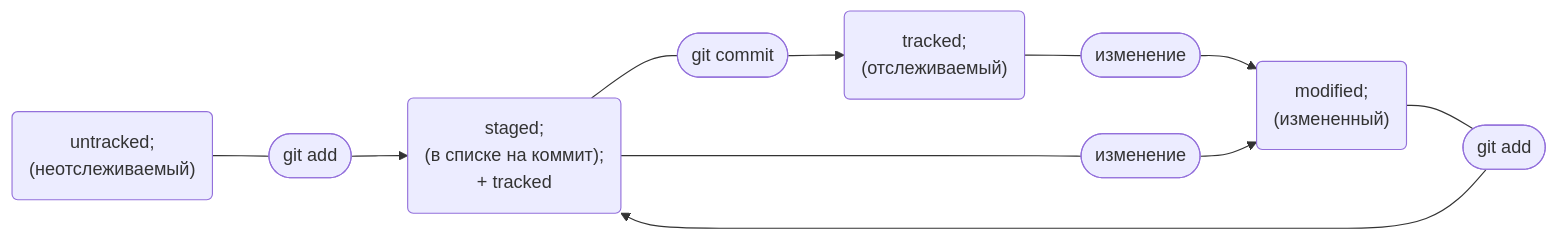
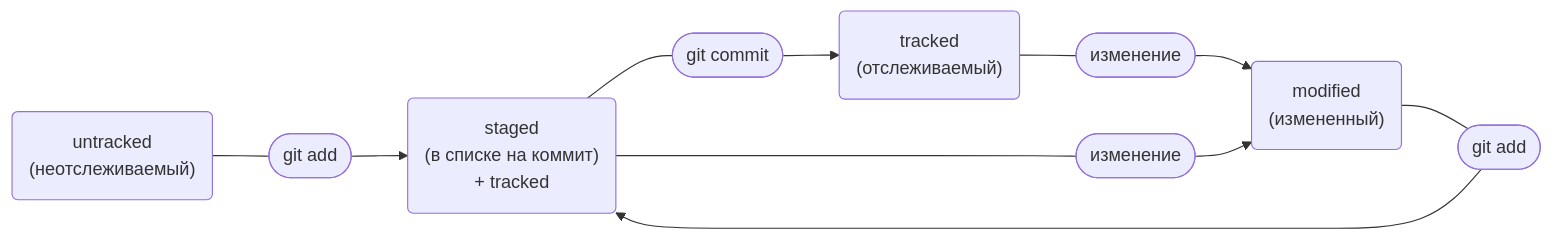
Before and after one commit to achertkovv/cheat_sheet: the diagram in README.md, drawn with Mermaid.

Commit message:
Добавление mermaid

````diff
--- a/README.md
+++ b/README.md
@@ -94,17 +94,17 @@
 ```mermaid
 flowchart LR;
-  A("untracked;
-  (неотслеживаемый)") --- B(["git add"]);
-  C("modified;
-  (измененный)") --- D(["git add"]);
-  E("staged;
-  (в списке на коммит);
+  A("untracked
+  (неотслеживаемый)") --- B(["git add"])
+  C("modified
+  (измененный)") --- D(["git add"])
+  E("staged
+  (в списке на коммит)
   + tracked") --- F(["git commit"]);
-  G("tracked;
-  (отслеживаемый)") --- H(["изменение"]);
-  B --> E;
-  D --> E;
-  F --> G;
-  H --> C;
-  E --- J(["изменение"]) --> C;
+  G("tracked
+  (отслеживаемый)") --- H(["изменение"])
+  B --> E
+  D --> E
+  F --> G
+  H --> C
+  E --- J(["изменение"]) --> C
 ```
````
